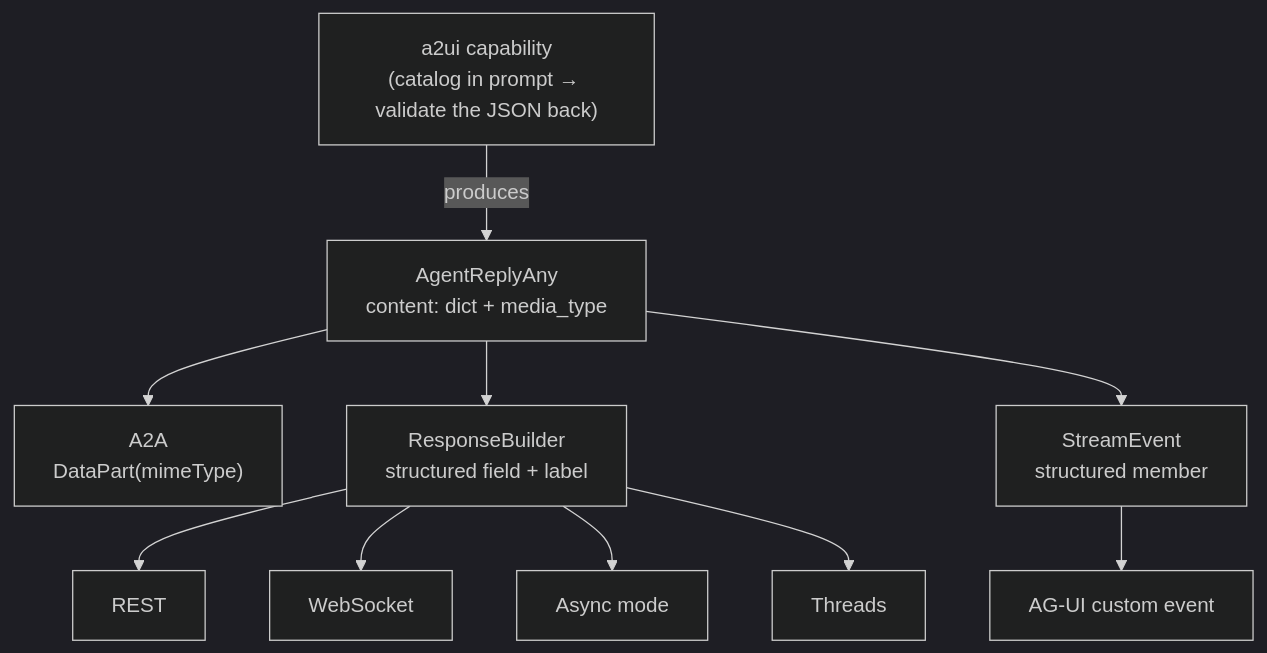
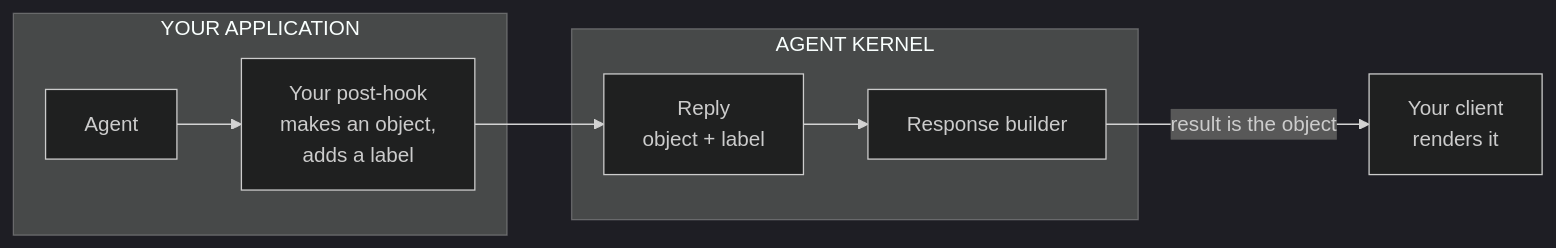
One commit to yaalalabs/agent-kernel changed the diagram in docs/specs/706-a2ui-support/design.md. Above: the diagram before and after it, drawn with Mermaid (dark theme). The commit also changed other lines of this file, not shown here.

````diff
--- a/docs/specs/706-a2ui-support/design.md
+++ b/docs/specs/706-a2ui-support/design.md
@@ -62,23 +160,11 @@
 ```mermaid
-graph TD
-    CAP["a2ui capability<br/>(catalog in prompt → validate the JSON back)"]
-    REP["AgentReplyAny<br/>content: dict + media_type"]
-    A2A["A2A<br/>DataPart(mimeType)"]
-    RB["ResponseBuilder<br/>structured field + label"]
-    EV["StreamEvent<br/>structured member"]
-    REST["REST"]
-    WS["WebSocket"]
-    ASY["Async mode"]
-    TH["Threads"]
-    AGUI["AG-UI custom event"]
-
-    CAP -->|produces| REP
-    REP --> A2A
-    REP --> RB
-    REP --> EV
-    RB --> REST
-    RB --> WS
-    RB --> ASY
-    RB --> TH
-    EV --> AGUI
+graph LR
+    subgraph APP["YOUR APPLICATION"]
+        A["Agent"] --> H["Your post-hook<br/>makes an object,<br/>adds a label"]
+    end
+    subgraph AK["AGENT KERNEL"]
+        R["Reply<br/>object + label"] --> S["Response builder"]
+    end
+    H --> R
+    S -->|"result is the object"| C["Your client<br/>renders it"]
 ```
````
